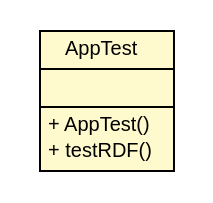
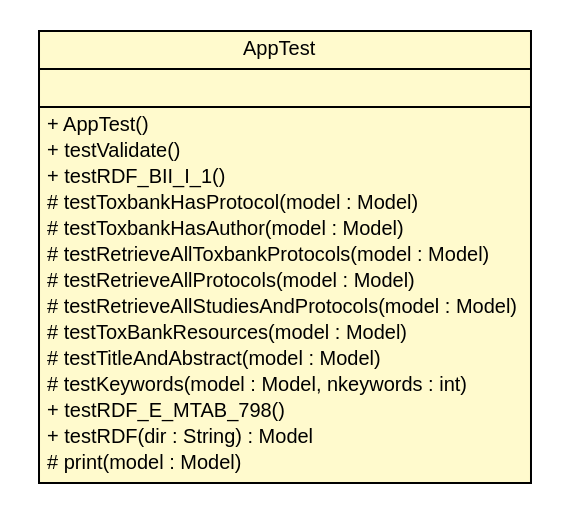
The diagram in testapidocs/org/isa2rdf/cli/AppTest.dot (ToxBank/isa2rdf), drawn with Graphviz before and after one commit. The commit also changed 113 other files, not shown here.

```diff
--- a/testapidocs/org/isa2rdf/cli/AppTest.dot
+++ b/testapidocs/org/isa2rdf/cli/AppTest.dot
@@ -1,23 +1,35 @@
 #!/usr/local/bin/dot
 #
 # Class diagram 
 # Generated by UmlGraph version 4.6 (http://www.spinellis.gr/sw/umlgraph)
 #
 
 digraph G {
 	edge [fontname="arial",fontsize=10,labelfontname="arial",labelfontsize=10];
 	node [fontname="arial",fontsize=10,shape=plaintext];
 	// org.isa2rdf.cli.AppTest
-	c2 [label=<<table border="0" cellborder="1" cellspacing="0" cellpadding="2" port="p" bgcolor="lemonChiffon" href="./AppTest.html">
+	c7 [label=<<table border="0" cellborder="1" cellspacing="0" cellpadding="2" port="p" bgcolor="lemonChiffon" href="./AppTest.html">
 		<tr><td><table border="0" cellspacing="0" cellpadding="1">
 			<tr><td> AppTest </td></tr>
 		</table></td></tr>
 		<tr><td><table border="0" cellspacing="0" cellpadding="1">
 			<tr><td align="left">  </td></tr>
 		</table></td></tr>
 		<tr><td><table border="0" cellspacing="0" cellpadding="1">
 			<tr><td align="left"> + AppTest() </td></tr>
-			<tr><td align="left"> + testRDF() </td></tr>
+			<tr><td align="left"> + testValidate() </td></tr>
+			<tr><td align="left"> + testRDF_BII_I_1() </td></tr>
+			<tr><td align="left"> # testToxbankHasProtocol(model : Model) </td></tr>
+			<tr><td align="left"> # testToxbankHasAuthor(model : Model) </td></tr>
+			<tr><td align="left"> # testRetrieveAllToxbankProtocols(model : Model) </td></tr>
+			<tr><td align="left"> # testRetrieveAllProtocols(model : Model) </td></tr>
+			<tr><td align="left"> # testRetrieveAllStudiesAndProtocols(model : Model) </td></tr>
+			<tr><td align="left"> # testToxBankResources(model : Model) </td></tr>
+			<tr><td align="left"> # testTitleAndAbstract(model : Model) </td></tr>
+			<tr><td align="left"> # testKeywords(model : Model, nkeywords : int) </td></tr>
+			<tr><td align="left"> + testRDF_E_MTAB_798() </td></tr>
+			<tr><td align="left"> + testRDF(dir : String) : Model </td></tr>
+			<tr><td align="left"> # print(model : Model) </td></tr>
 		</table></td></tr>
 		</table>>, fontname="arial", fontcolor="black", fontsize=10.0];
 }
```
